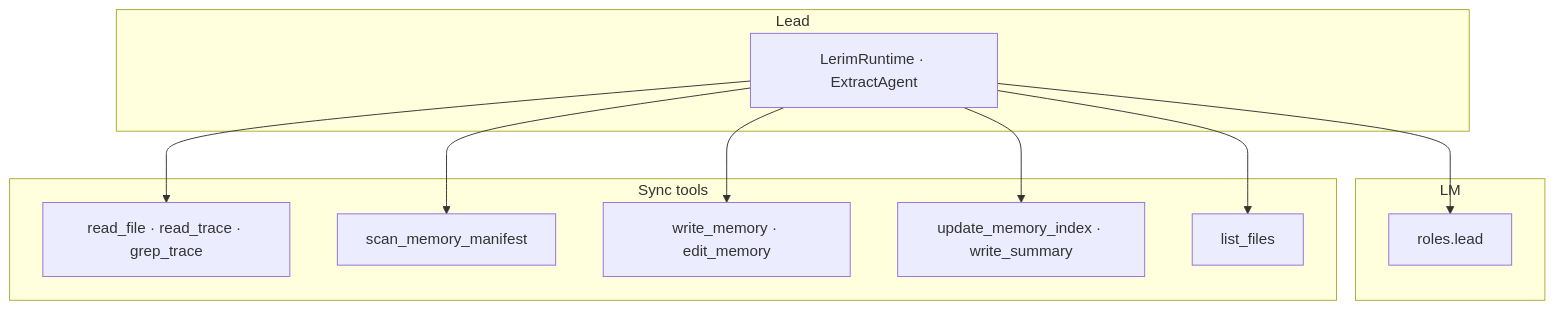
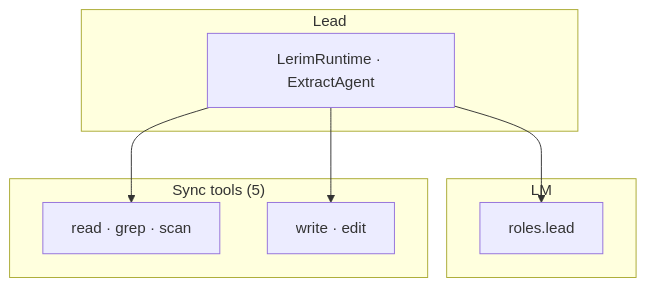
One commit to lerim-dev/lerim-cli changed the second of 3 diagrams in docs/concepts/how-it-works.md. Above: the diagram before and after it, drawn with Mermaid. The commit also changed other lines of this file and 18 other files, not shown here.

````diff
--- a/docs/concepts/how-it-works.md
+++ b/docs/concepts/how-it-works.md
@@ -62,22 +62,16 @@
 ```mermaid
 flowchart TB
     subgraph lead["Lead"]
         RT[LerimRuntime · ExtractAgent]
     end
     subgraph lm["LM"]
         L[roles.lead]
     end
-    subgraph syncTools["Sync tools"]
-        t1["read_file · read_trace · grep_trace"]
-        sm[scan_memory_manifest]
-        wm["write_memory · edit_memory"]
-        ui["update_memory_index · write_summary"]
-        lf[list_files]
+    subgraph syncTools["Sync tools (5)"]
+        t1["read · grep · scan"]
+        wm["write · edit"]
     end
     RT --> L
     RT --> t1
-    RT --> sm
     RT --> wm
-    RT --> ui
-    RT --> lf
 ```
````
